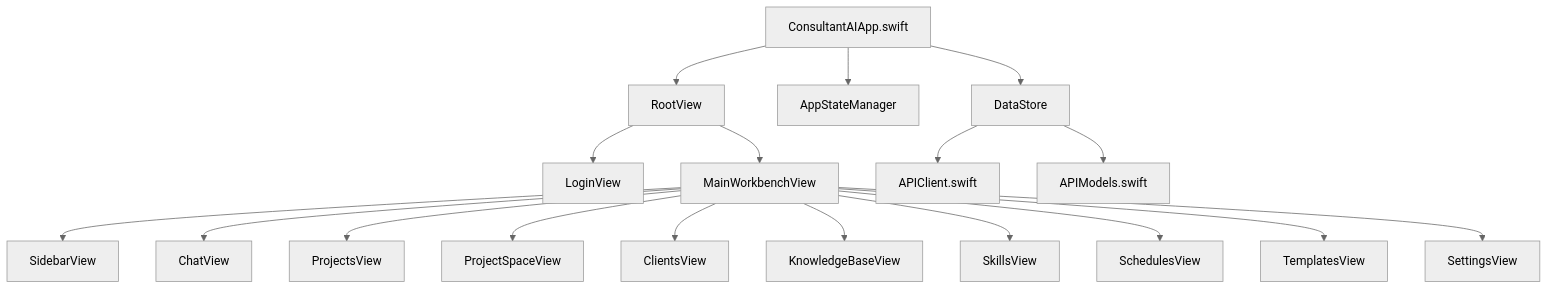
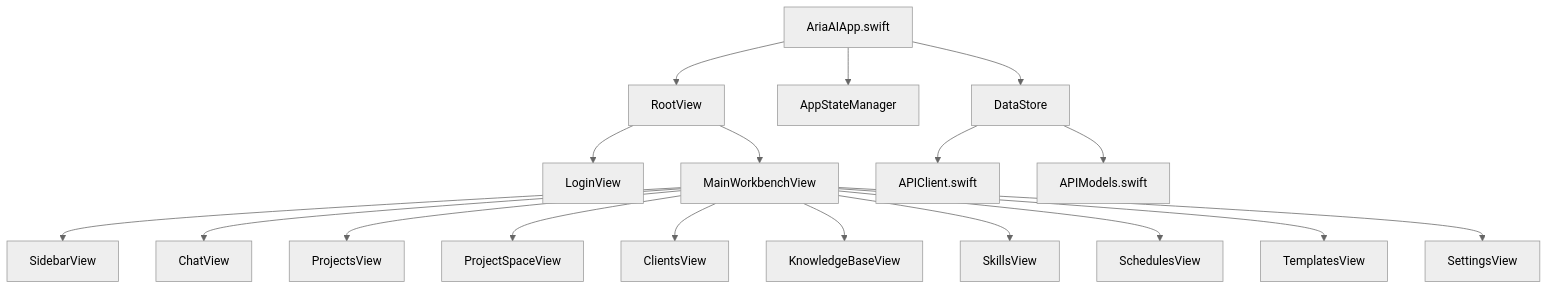
Before and after one commit to guoliang1114-boop/AriaAI: the second of 7 diagrams in docs/06-当前架构图.md, drawn with Mermaid (neutral theme). The commit also changed other lines of this file and 135 other files, not shown here.

Commit message:
refactor: rename ConsultantAI to AriaAI

````diff
--- a/docs/06-当前架构图.md
+++ b/docs/06-当前架构图.md
@@ -93,28 +93,28 @@
 ```mermaid
 flowchart TD
-    APP[ConsultantAIApp.swift]
+    APP[AriaAIApp.swift]
     ROOT[RootView]
     STATE[AppStateManager]
     STORE[DataStore]
 
     APP --> ROOT
     APP --> STATE
     APP --> STORE
 
     ROOT --> LOGIN[LoginView]
     ROOT --> MAIN[MainWorkbenchView]
 
     MAIN --> SIDEBAR[SidebarView]
     MAIN --> CHAT[ChatView]
     MAIN --> PROJECTS[ProjectsView]
     MAIN --> PROJECTSPACE[ProjectSpaceView]
     MAIN --> CLIENTS[ClientsView]
     MAIN --> KB[KnowledgeBaseView]
     MAIN --> SKILLS[SkillsView]
     MAIN --> SCHEDULES[SchedulesView]
     MAIN --> TEMPLATES[TemplatesView]
     MAIN --> SETTINGS[SettingsView]
 
     STORE --> API[APIClient.swift]
     STORE --> MODELS[APIModels.swift]
 ```
````
